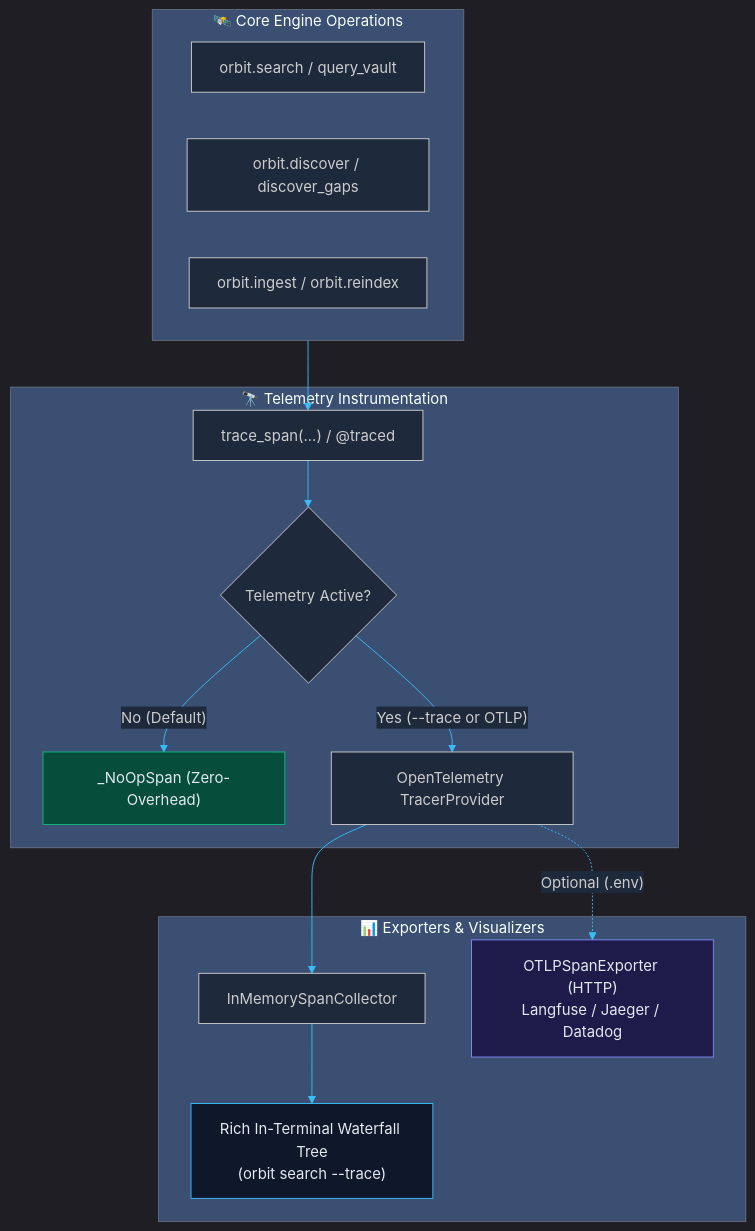
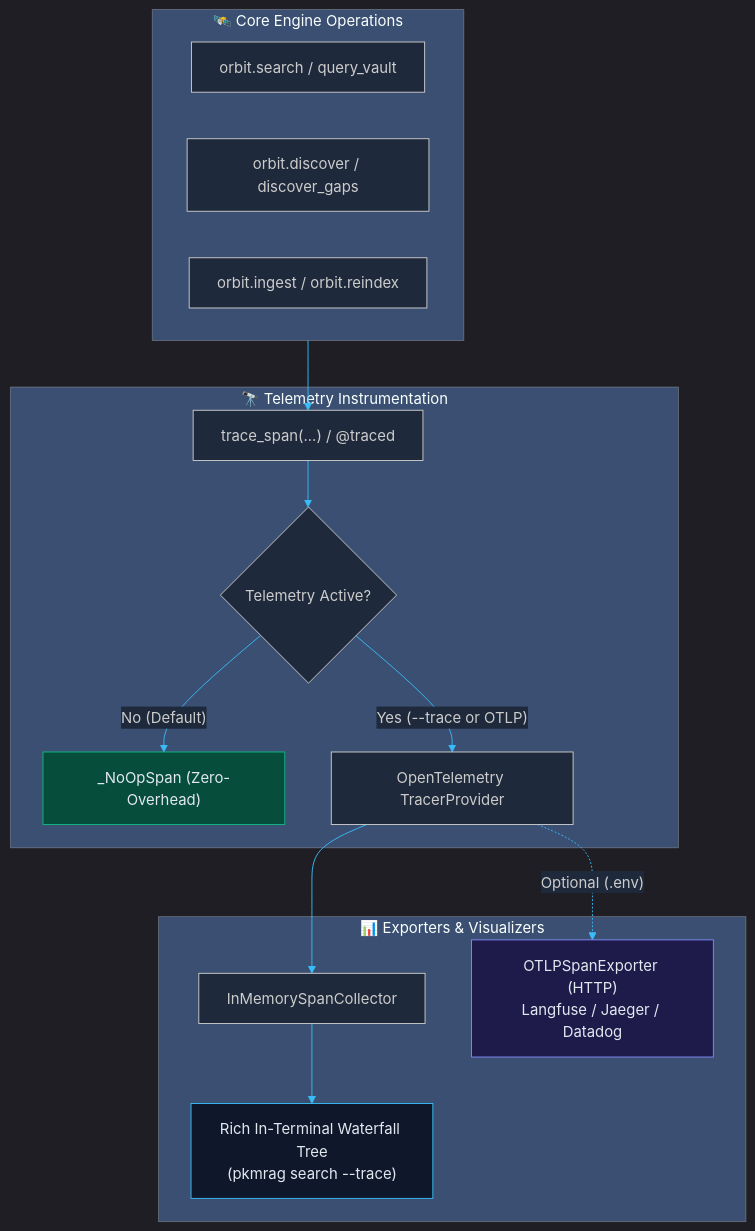
Before and after one commit to dev-hashemi/pkmrag: the diagram in docs/subsystems/observability.md, drawn with Mermaid. The commit also changed other lines of this file and 163 other files, not shown here.

````diff
--- a/docs/subsystems/observability.md
+++ b/docs/subsystems/observability.md
@@ -9,28 +9,28 @@
 ```mermaid
 %%{init: {'theme': 'dark', 'themeVariables': { 'darkMode': true, 'background': 'transparent', 'mainBkg': '#1e293b', 'primaryColor': '#1e293b', 'primaryBorderColor': '#3b82f6', 'primaryTextColor': '#f8fafc', 'lineColor': '#38bdf8', 'edgeLabelBackground': '#1e293b' }}}%%
 flowchart TD
     subgraph Core["🛰️ Core Engine Operations"]
         S["orbit.search / query_vault"]
         D["orbit.discover / discover_gaps"]
         I["orbit.ingest / orbit.reindex"]
     end
 
     subgraph Instrumentation["🔭 Telemetry Instrumentation"]
         Span["trace_span(...) / @traced"]
         Span --> Check{"Telemetry Active?"}
         Check -->|"No (Default)"| NoOp["_NoOpSpan (Zero-Overhead)"]
         Check -->|"Yes (--trace or OTLP)"| SDK["OpenTelemetry TracerProvider"]
     end
 
     subgraph Exporters["📊 Exporters & Visualizers"]
         SDK --> Mem["InMemorySpanCollector"]
-        Mem --> RichTree["Rich In-Terminal Waterfall Tree\n(orbit search --trace)"]
+        Mem --> RichTree["Rich In-Terminal Waterfall Tree\n(pkmrag search --trace)"]
         SDK -.->|"Optional (.env)"| OTLP["OTLPSpanExporter (HTTP)\nLangfuse / Jaeger / Datadog"]
     end
 
     Core --> Span
 
     style NoOp fill:#064e3b,stroke:#10b981,color:#e2e8f0
     style RichTree fill:#0f172a,stroke:#38bdf8,color:#e2e8f0
     style OTLP fill:#1e1b4b,stroke:#818cf8,color:#e2e8f0
 ```
````
